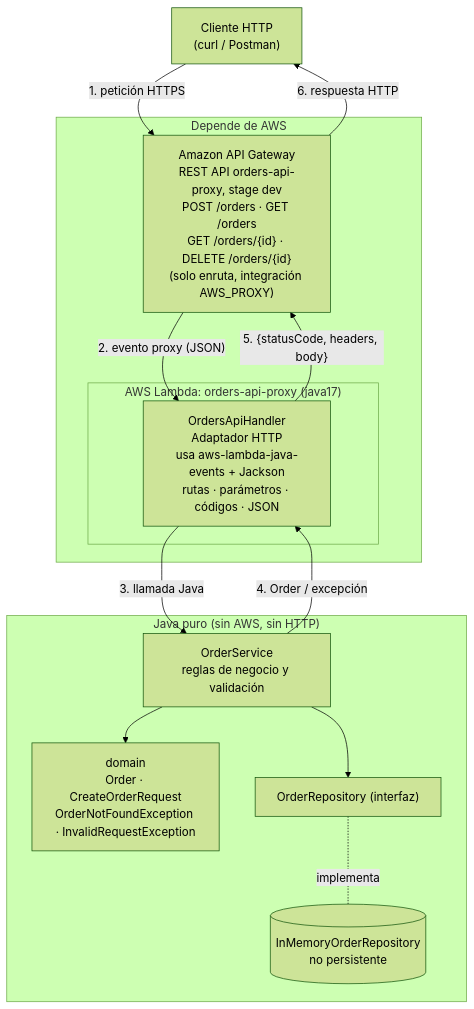
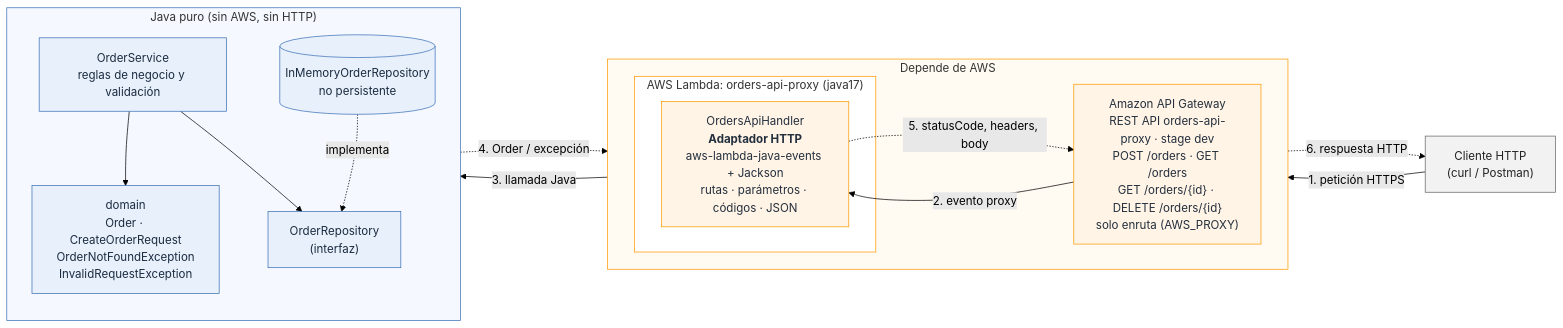
Before and after one commit to Cruz-Juan-r/AREP-Serverless-Orders-API: the second of 3 diagrams in README.md, drawn with Mermaid (forest theme). The commit also changed other lines of this file and 12 other files, not shown here.

Commit message:
Evidencias de la demostración en capturas y diagrama final más legible

````diff
--- a/README.md
+++ b/README.md
@@ -299,28 +299,40 @@
 ```mermaid
-flowchart TB
+flowchart LR
     C["Cliente HTTP<br/>(curl / Postman)"]
 
     subgraph AWS["Depende de AWS"]
-        APIGW["Amazon API Gateway<br/>REST API orders-api-proxy, stage dev<br/>POST /orders · GET /orders<br/>GET /orders/{id} · DELETE /orders/{id}<br/>(solo enruta, integración AWS_PROXY)"]
+        direction LR
+        APIGW["Amazon API Gateway<br/>REST API orders-api-proxy · stage dev<br/>POST /orders · GET /orders<br/>GET /orders/{id} · DELETE /orders/{id}<br/>solo enruta (AWS_PROXY)"]
         subgraph L["AWS Lambda: orders-api-proxy (java17)"]
-            H["OrdersApiHandler<br/>Adaptador HTTP<br/>usa aws-lambda-java-events + Jackson<br/>rutas · parámetros · códigos · JSON"]
+            H["OrdersApiHandler<br/><b>Adaptador HTTP</b><br/>aws-lambda-java-events + Jackson<br/>rutas · parámetros · códigos · JSON"]
         end
     end
 
     subgraph JAVA["Java puro (sin AWS, sin HTTP)"]
+        direction TB
         S["OrderService<br/>reglas de negocio y validación"]
-        D["domain<br/>Order · CreateOrderRequest<br/>OrderNotFoundException · InvalidRequestException"]
-        RI["OrderRepository (interfaz)"]
+        D["domain<br/>Order · CreateOrderRequest<br/>OrderNotFoundException<br/>InvalidRequestException"]
+        RI["OrderRepository<br/>(interfaz)"]
         RM[("InMemoryOrderRepository<br/>no persistente")]
+        S --> D
+        S --> RI
+        RM -. implementa .-> RI
     end
 
     C -- "1. petición HTTPS" --> APIGW
-    APIGW -- "2. evento proxy (JSON)" --> H
+    APIGW -- "2. evento proxy" --> H
     H -- "3. llamada Java" --> S
-    S --> D
-    S --> RI
-    RI -. implementa .- RM
-    S -- "4. Order / excepción" --> H
-    H -- "5. {statusCode, headers, body}" --> APIGW
-    APIGW -- "6. respuesta HTTP" --> C
+    S -. "4. Order / excepción" .-> H
+    H -. "5. statusCode, headers, body" .-> APIGW
+    APIGW -. "6. respuesta HTTP" .-> C
+
+    classDef aws fill:#fff4e5,stroke:#ff9900,color:#232f3e
+    classDef java fill:#e8f1fb,stroke:#3b6fb6,color:#1b2b40
+    classDef client fill:#f2f2f2,stroke:#666,color:#222
+    class APIGW,H aws
+    class S,D,RI,RM java
+    class C client
+    style AWS fill:#fffaf2,stroke:#ff9900
+    style L fill:#ffffff,stroke:#ff9900
+    style JAVA fill:#f5f9ff,stroke:#3b6fb6
 ```
````
